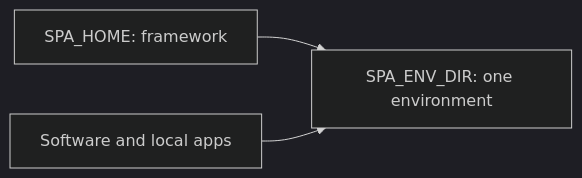
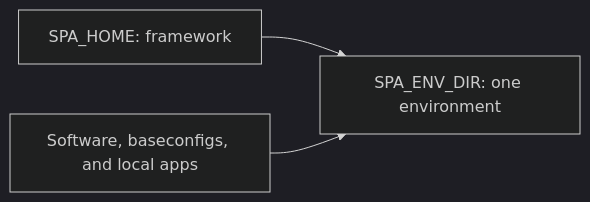
One commit to splunk/splunk-platform-automator changed the first of 4 diagrams in docs/user-guide.md. Above: the diagram before and after it, drawn with Mermaid (dark theme). The commit also changed other lines of this file and 27 other files, not shown here.

Commit message:
Keep PS baseconfig apps out of Software so doctor and init discover a separate baseconfig_dir.

````diff
--- a/docs/user-guide.md
+++ b/docs/user-guide.md
@@ -19,8 +19,8 @@
 ```mermaid
 flowchart LR
   home["SPA_HOME: framework"]
   env["SPA_ENV_DIR: one environment"]
-  assets["Software and local apps"]
+  assets["Software, baseconfigs, and local apps"]
   home --> env
   assets --> env
 ```
````
